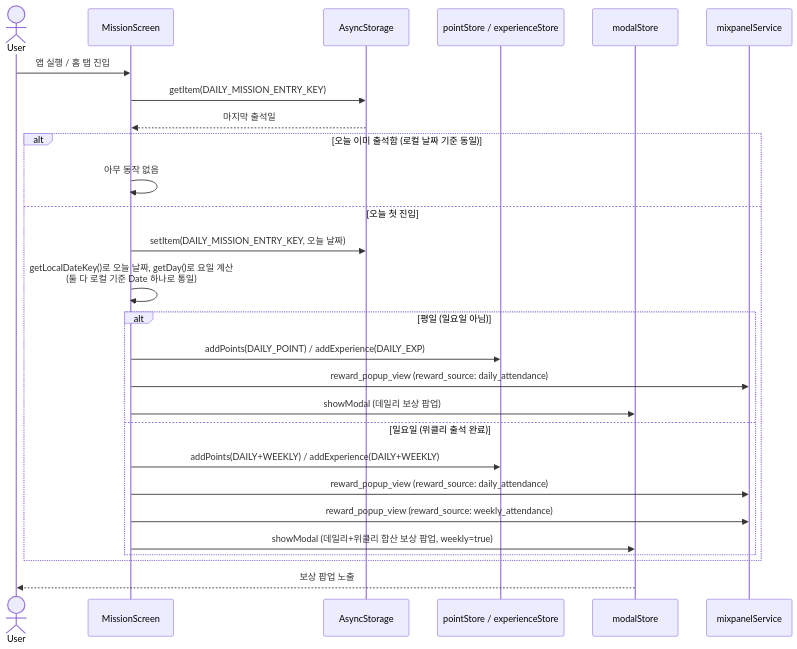
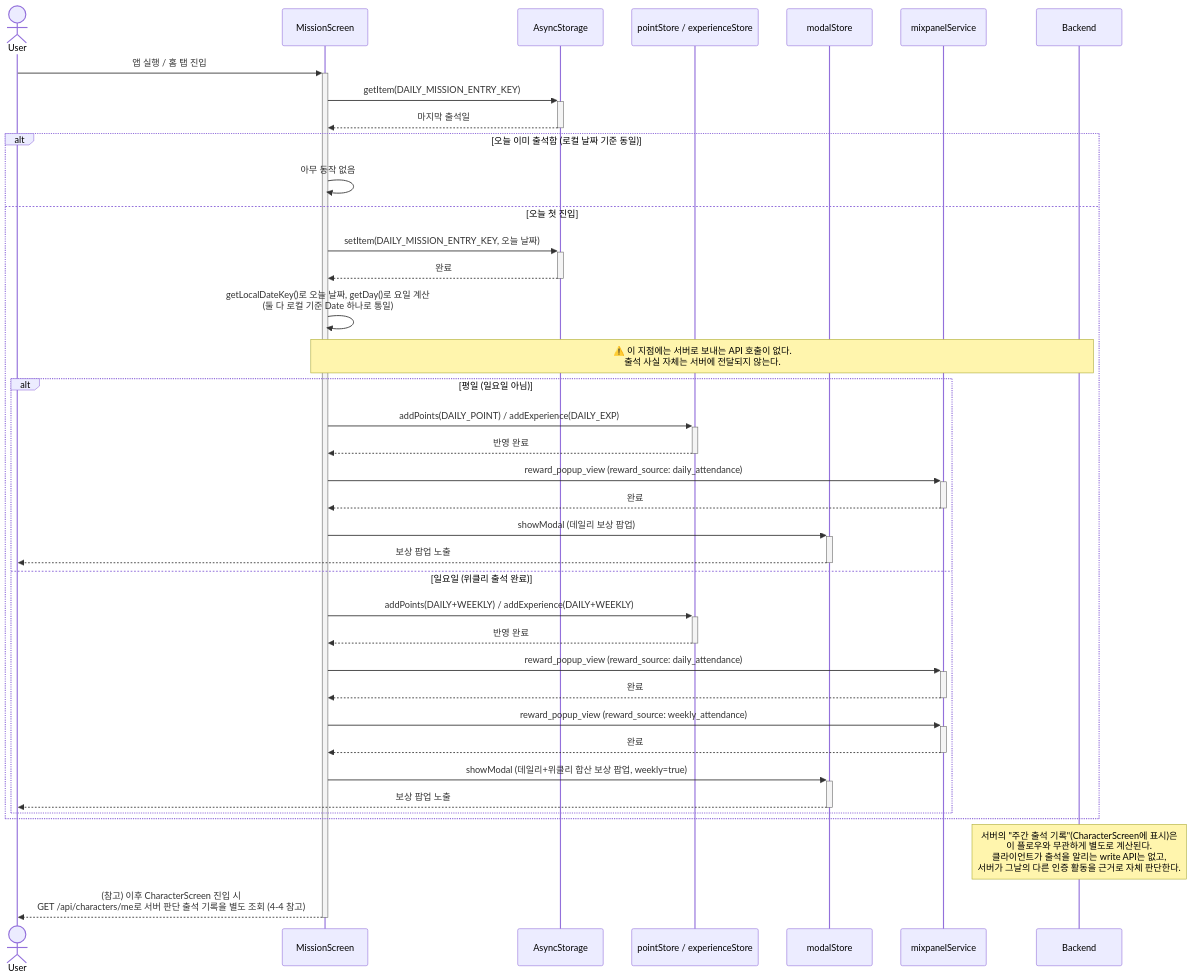
One commit to Gahyun-313/neurous-client changed the sixth of 10 diagrams in docs/ARCHITECTURE.md. Above: the diagram before and after it, drawn with Mermaid. The commit also changed other lines of this file and 4 other files, not shown here.

````diff
--- a/docs/ARCHITECTURE.md
+++ b/docs/ARCHITECTURE.md
@@ -198,33 +200,45 @@
 ```mermaid
 sequenceDiagram
     actor User
     participant Screen as MissionScreen
     participant Storage as AsyncStorage
     participant Store as pointStore / experienceStore
     participant Modal as modalStore
     participant Mixpanel as mixpanelService
+    participant Backend
 
-    User->>Screen: 앱 실행 / 홈 탭 진입
-    Screen->>Storage: getItem(DAILY_MISSION_ENTRY_KEY)
-    Storage-->>Screen: 마지막 출석일
+    User->>+Screen: 앱 실행 / 홈 탭 진입
+    Screen->>+Storage: getItem(DAILY_MISSION_ENTRY_KEY)
+    Storage-->>-Screen: 마지막 출석일
 
     alt 오늘 이미 출석함 (로컬 날짜 기준 동일)
         Screen->>Screen: 아무 동작 없음
     else 오늘 첫 진입
-        Screen->>Storage: setItem(DAILY_MISSION_ENTRY_KEY, 오늘 날짜)
+        Screen->>+Storage: setItem(DAILY_MISSION_ENTRY_KEY, 오늘 날짜)
+        Storage-->>-Screen: 완료
         Screen->>Screen: getLocalDateKey()로 오늘 날짜, getDay()로 요일 계산<br/>(둘 다 로컬 기준 Date 하나로 통일)
 
+        Note over Screen,Backend: ⚠️ 이 지점에는 서버로 보내는 API 호출이 없다.<br/>출석 사실 자체는 서버에 전달되지 않는다.
+
         alt 평일 (일요일 아님)
-            Screen->>Store: addPoints(DAILY_POINT) / addExperience(DAILY_EXP)
-            Screen->>Mixpanel: reward_popup_view (reward_source: daily_attendance)
-            Screen->>Modal: showModal (데일리 보상 팝업)
+            Screen->>+Store: addPoints(DAILY_POINT) / addExperience(DAILY_EXP)
+            Store-->>-Screen: 반영 완료
+            Screen->>+Mixpanel: reward_popup_view (reward_source: daily_attendance)
+            Mixpanel-->>-Screen: 완료
+            Screen->>+Modal: showModal (데일리 보상 팝업)
+            Modal-->>-User: 보상 팝업 노출
         else 일요일 (위클리 출석 완료)
-            Screen->>Store: addPoints(DAILY+WEEKLY) / addExperience(DAILY+WEEKLY)
-            Screen->>Mixpanel: reward_popup_view (reward_source: daily_attendance)
-            Screen->>Mixpanel: reward_popup_view (reward_source: weekly_attendance)
-            Screen->>Modal: showModal (데일리+위클리 합산 보상 팝업, weekly=true)
+            Screen->>+Store: addPoints(DAILY+WEEKLY) / addExperience(DAILY+WEEKLY)
+            Store-->>-Screen: 반영 완료
+            Screen->>+Mixpanel: reward_popup_view (reward_source: daily_attendance)
+            Mixpanel-->>-Screen: 완료
+            Screen->>+Mixpanel: reward_popup_view (reward_source: weekly_attendance)
+            Mixpanel-->>-Screen: 완료
+            Screen->>+Modal: showModal (데일리+위클리 합산 보상 팝업, weekly=true)
+            Modal-->>-User: 보상 팝업 노출
         end
     end
 
-    Modal-->>User: 보상 팝업 노출
+    Note over Backend: 서버의 "주간 출석 기록"(CharacterScreen에 표시)은<br/>이 플로우와 무관하게 별도로 계산된다.<br/>클라이언트가 출석을 알리는 write API는 없고,<br/>서버가 그날의 다른 인증 활동을 근거로 자체 판단한다.
+    Screen-->>-User: (참고) 이후 CharacterScreen 진입 시<br/>GET /api/characters/me로 서버 판단 출석 기록을 별도 조회 (4-4 참고)
 ```
````
